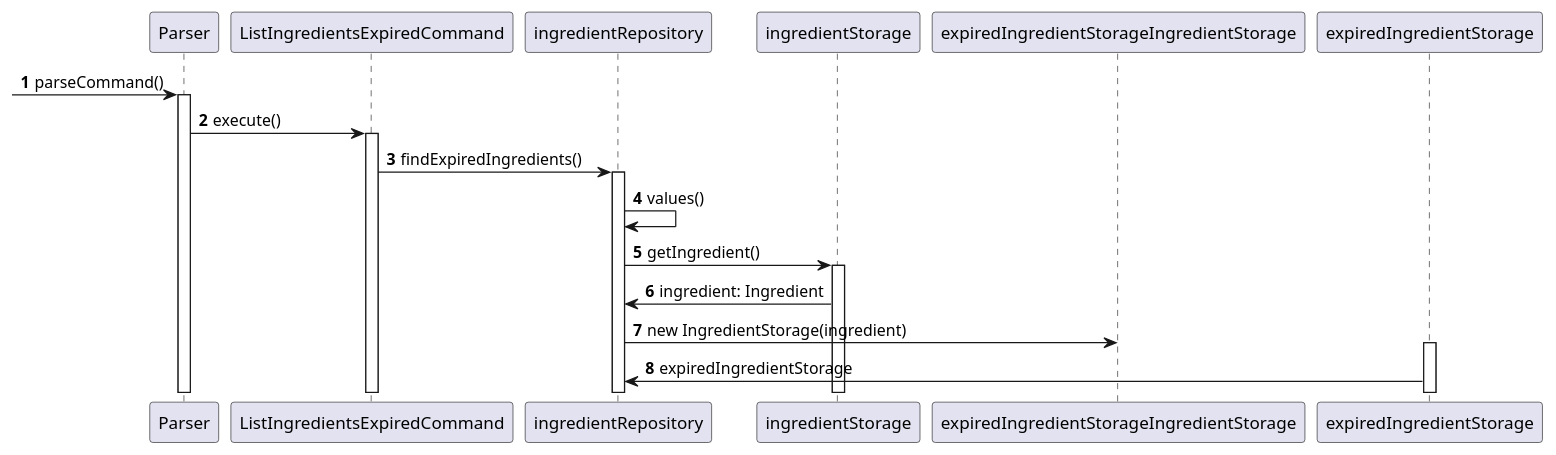
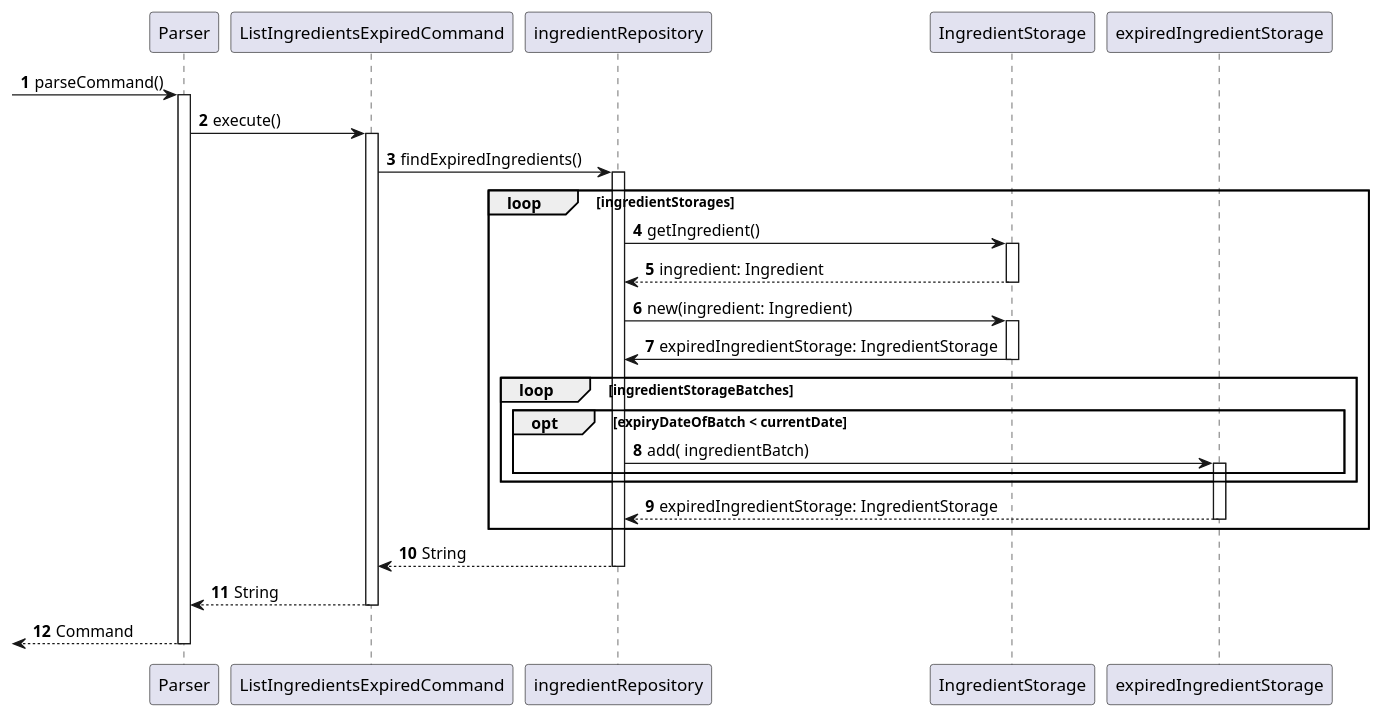
Before and after one commit to nus-cs2113-AY2122S1/tp: the diagram in docs/diagrams/ListIngredientsExpired.puml, drawn with PlantUML. The commit also changed 5 other files, not shown here.

Commit message:
Add sequence diagram for DeleteExpiredIngredientsCommand. Add sequence diagram for ShoppingListCommand. Add sequence diagram for ViewIngredientCommand. Add sequence diagram for UpdateUnitsComand.

```diff
--- a/docs/diagrams/ListIngredientsExpired.puml
+++ b/docs/diagrams/ListIngredientsExpired.puml
@@ -1,41 +1,53 @@
 @startuml
 'https://plantuml.com/sequence-diagram
 
 autonumber
+
  -> Parser: parseCommand()
 activate Parser
+
 Parser -> ListIngredientsExpiredCommand: execute()
 activate ListIngredientsExpiredCommand
+
 ListIngredientsExpiredCommand -> ingredientRepository: findExpiredIngredients()
 activate ingredientRepository
-ingredientRepository -> ingredientRepository: values()
 
-ingredientRepository -> ingredientStorage: getIngredient()
-activate ingredientStorage
-ingredientStorage -> ingredientRepository: ingredient: Ingredient
+loop ingredientStorages
 
- ingredientRepository -> expiredIngredientStorageIngredientStorage: new IngredientStorage(ingredient)
- activate expiredIngredientStorage
- expiredIngredientStorage -> ingredientRepository: expiredIngredientStorage
+    ingredientRepository -> IngredientStorage: getIngredient()
+    activate IngredientStorage
 
+    IngredientStorage --> ingredientRepository: ingredient: Ingredient
+    deactivate IngredientStorage
 
+    ingredientRepository -> IngredientStorage: new(ingredient: Ingredient)
+    activate IngredientStorage
 
-'    loop ingredientRepository.size
-'        activate ingredientRepository
-'        ingredientRepository -> ingredientStorage: values()
-'        activate ingredientStorage
-'        ingredientStorage -> Ingredient: toString()
-'        activate Ingredient
-'
-'        Ingredient --> ingredientStorage: String
-'        deactivate Ingredient
-'        ingredientStorage --> ingredientRepository: String
-'        deactivate ingredientStorage
-'    end
-'ingredientRepository --> ListIngredientsExpiredCommand: String
-'deactivate ingredientRepository
-'ListIngredientsExpiredCommand --> Parser: String
-'deactivate ListIngredientsExpiredCommand
-'<-- Parser: Command
-'deactivate Parser
+    IngredientStorage -> ingredientRepository: expiredIngredientStorage: IngredientStorage
+    deactivate IngredientStorage
+
+    loop ingredientStorageBatches
+
+            opt expiryDateOfBatch < currentDate
+
+                ingredientRepository -> expiredIngredientStorage: add( ingredientBatch)
+                activate expiredIngredientStorage
+
+            end
+    end
+
+    expiredIngredientStorage --> ingredientRepository:expiredIngredientStorage: IngredientStorage
+    deactivate expiredIngredientStorage
+
+end
+
+ingredientRepository --> ListIngredientsExpiredCommand: String
+deactivate ingredientRepository
+
+ListIngredientsExpiredCommand --> Parser: String
+deactivate ListIngredientsExpiredCommand
+
+<-- Parser: Command
+deactivate Parser
+
 @enduml
```
